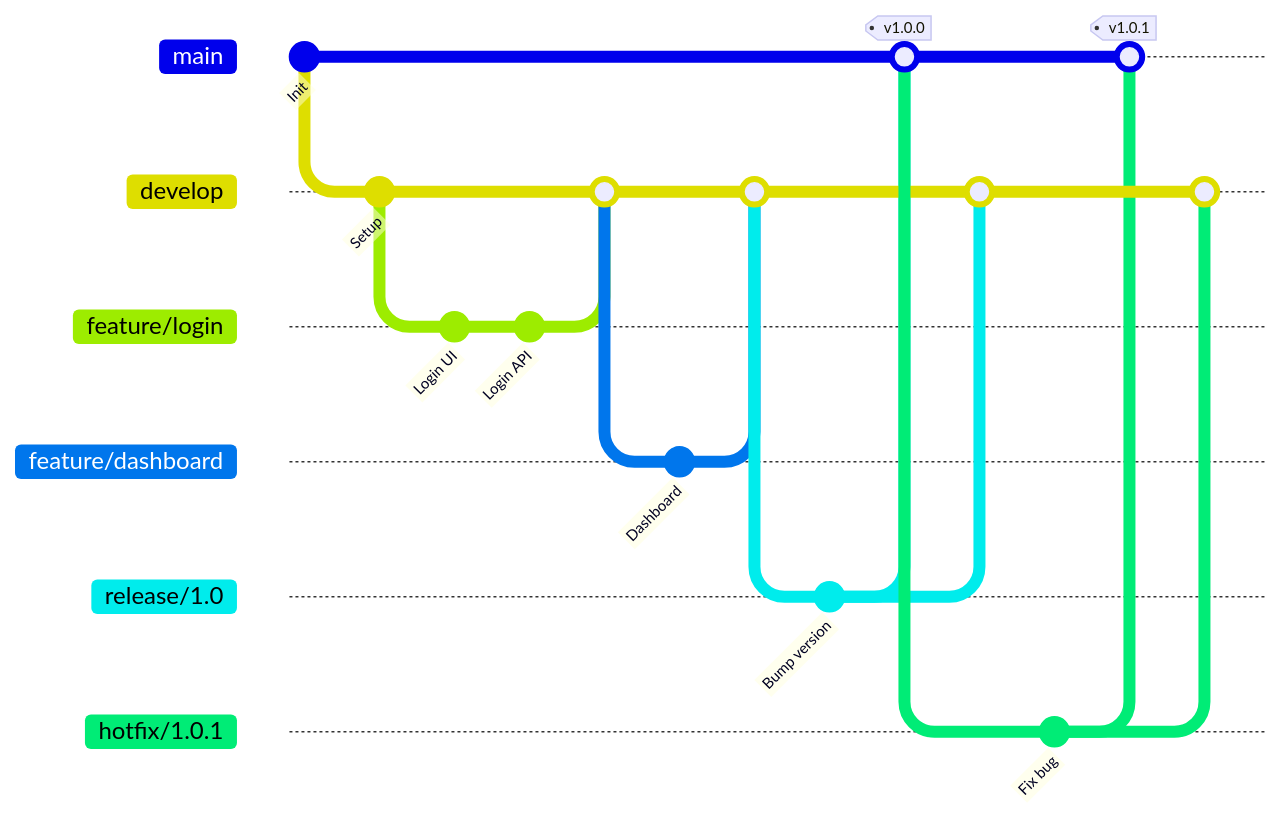
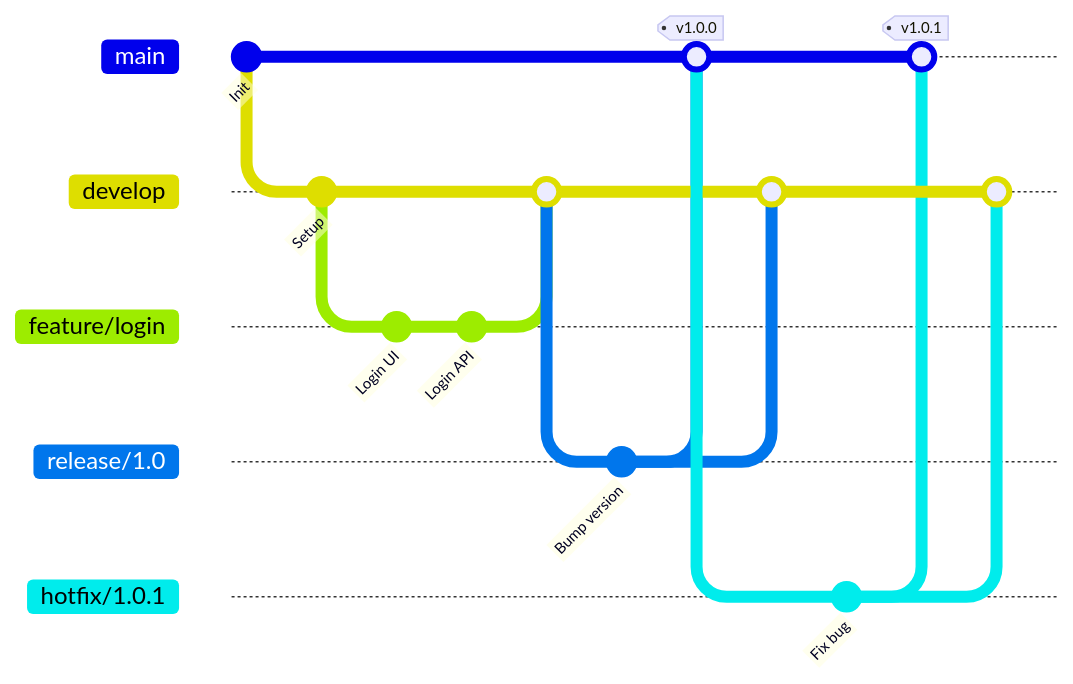
One commit to marcusquinn/aidevops changed diagram 12 of 12 in .agents/tools/diagrams/mermaid-diagrams-skill/references/DATA-CHARTS.md. Above: the diagram before and after it, drawn with Mermaid. The commit also changed other lines of this file and 3 other files, not shown here.

First line of the commit message:
chore: tighten agent docs peekaboo, postflight, DATA-CHARTS, tail-workers

````diff
--- a/.agents/tools/diagrams/mermaid-diagrams-skill/references/DATA-CHARTS.md
+++ b/.agents/tools/diagrams/mermaid-diagrams-skill/references/DATA-CHARTS.md
@@ -622,37 +283,31 @@
 ```mermaid
 gitGraph
     commit id: "Init"
 
     branch develop
     checkout develop
     commit id: "Setup"
 
     branch feature/login
     checkout feature/login
     commit id: "Login UI"
     commit id: "Login API"
     checkout develop
     merge feature/login
-
-    branch feature/dashboard
-    checkout feature/dashboard
-    commit id: "Dashboard"
-    checkout develop
-    merge feature/dashboard
 
     branch release/1.0
     checkout release/1.0
     commit id: "Bump version"
     checkout main
     merge release/1.0 tag: "v1.0.0"
     checkout develop
     merge release/1.0
 
     checkout main
     branch hotfix/1.0.1
     commit id: "Fix bug"
     checkout main
     merge hotfix/1.0.1 tag: "v1.0.1"
     checkout develop
     merge hotfix/1.0.1
 ```
````
